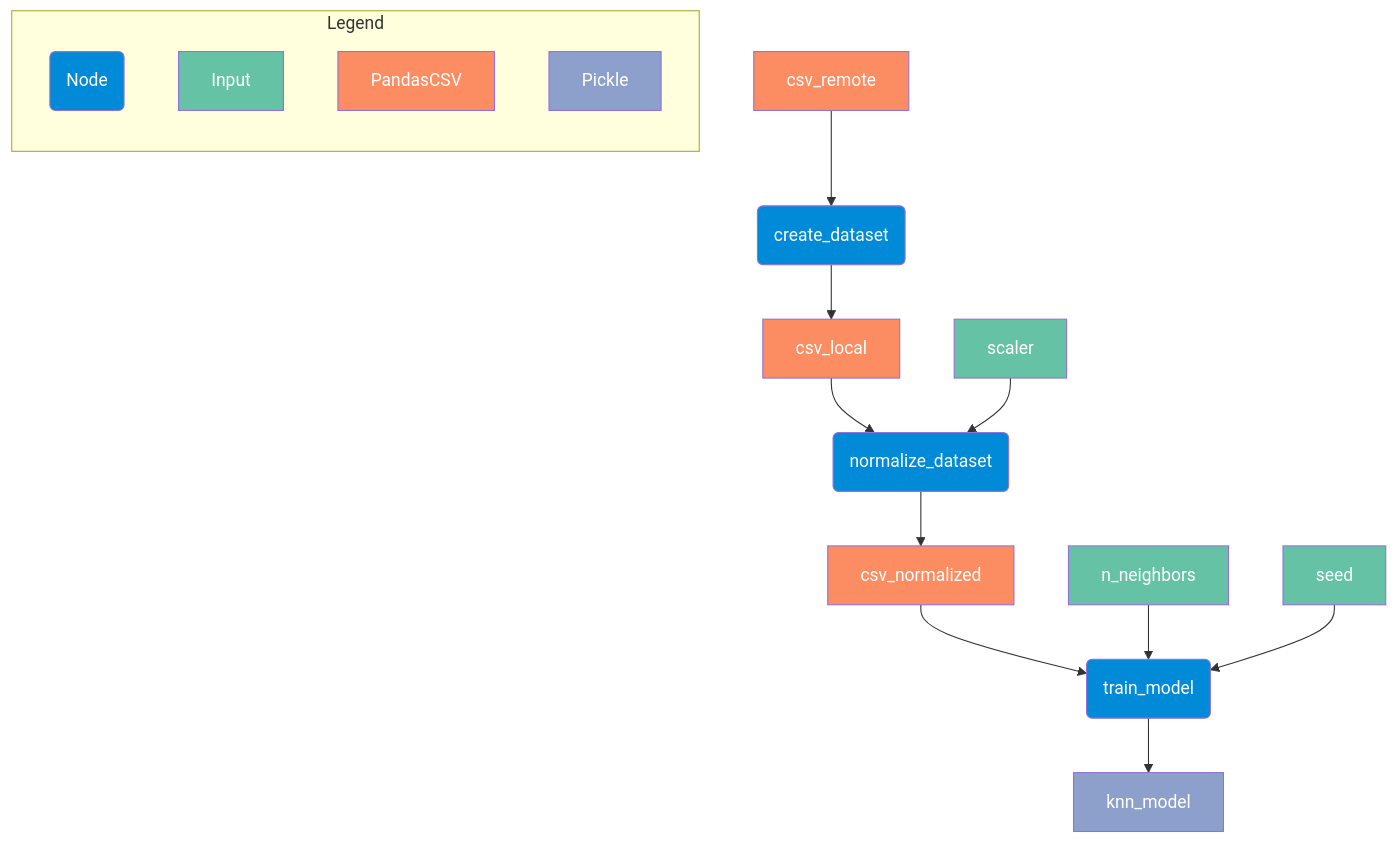
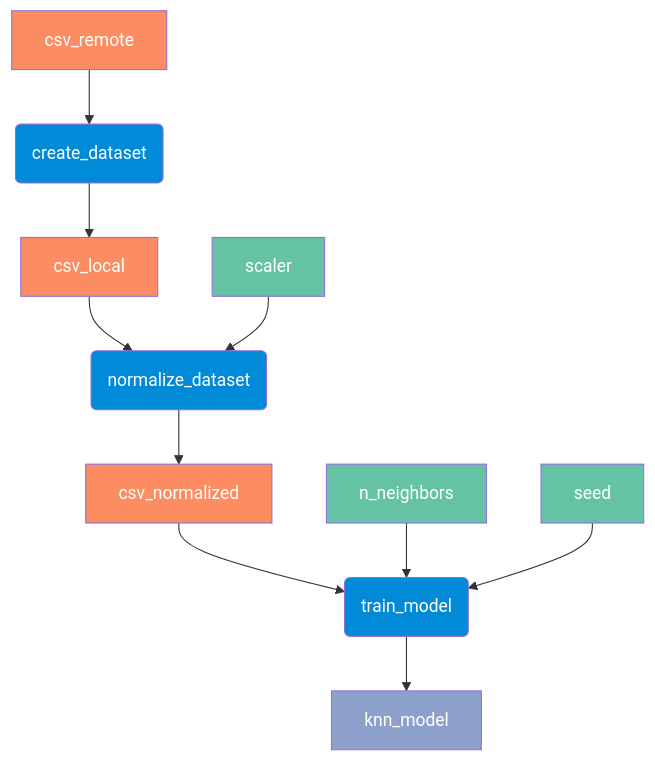
One commit to ing-bank/ordeq changed the diagram in examples/orchestration-kubeflow/ml_pipeline.mermaid. Above: the diagram before and after it, drawn with Mermaid. The commit also changed 32 other files, not shown here.

```diff
--- a/examples/orchestration-kubeflow/ml_pipeline.mermaid
+++ b/examples/orchestration-kubeflow/ml_pipeline.mermaid
@@ -1,39 +1,31 @@
 graph TB
-	subgraph legend["Legend"]
-		direction TB
-		node_type@{shape: rounded, label: "Node"}
-		io_type_0@{shape: rect, label: "Input"}
-		io_type_1@{shape: rect, label: "PandasCSV"}
-		io_type_2@{shape: rect, label: "Pickle"}
-	end
-
 	ml_pipeline.catalog:csv_remote --> ml_pipeline.preprocessing:create_dataset
 	ml_pipeline.preprocessing:create_dataset --> ml_pipeline.catalog:csv_local
 	ml_pipeline.catalog:csv_local --> ml_pipeline.preprocessing:normalize_dataset
 	ml_pipeline.catalog:scaler --> ml_pipeline.preprocessing:normalize_dataset
 	ml_pipeline.preprocessing:normalize_dataset --> ml_pipeline.catalog:csv_normalized
 	ml_pipeline.catalog:csv_normalized --> ml_pipeline.train:train_model
 	ml_pipeline.catalog:n_neighbors --> ml_pipeline.train:train_model
 	ml_pipeline.catalog:seed --> ml_pipeline.train:train_model
 	ml_pipeline.train:train_model --> ml_pipeline.catalog:knn_model
 
 	ml_pipeline.preprocessing:create_dataset@{shape: rounded, label: "create_dataset"}
 	ml_pipeline.preprocessing:normalize_dataset@{shape: rounded, label: "normalize_dataset"}
 	ml_pipeline.catalog:csv_local@{shape: rect, label: "csv_local"}
 	ml_pipeline.train:train_model@{shape: rounded, label: "train_model"}
 	ml_pipeline.catalog:csv_normalized@{shape: rect, label: "csv_normalized"}
 	ml_pipeline.catalog:csv_remote@{shape: rect, label: "csv_remote"}
 	ml_pipeline.catalog:knn_model@{shape: rect, label: "knn_model"}
 	ml_pipeline.catalog:n_neighbors@{shape: rect, label: "n_neighbors"}
 	ml_pipeline.catalog:scaler@{shape: rect, label: "scaler"}
 	ml_pipeline.catalog:seed@{shape: rect, label: "seed"}
 
-	class node_type,ml_pipeline.preprocessing:create_dataset,ml_pipeline.preprocessing:normalize_dataset,ml_pipeline.train:train_model node
-	class io_type_0,ml_pipeline.catalog:n_neighbors,ml_pipeline.catalog:scaler,ml_pipeline.catalog:seed io0
-	class io_type_1,ml_pipeline.catalog:csv_local,ml_pipeline.catalog:csv_normalized,ml_pipeline.catalog:csv_remote io1
-	class io_type_2,ml_pipeline.catalog:knn_model io2
+	class ml_pipeline.preprocessing:create_dataset,ml_pipeline.preprocessing:normalize_dataset,ml_pipeline.train:train_model node
+	class ml_pipeline.catalog:csv_local,ml_pipeline.catalog:csv_normalized,ml_pipeline.catalog:csv_remote io1
+	class ml_pipeline.catalog:knn_model io2
+	class ml_pipeline.catalog:n_neighbors,ml_pipeline.catalog:scaler,ml_pipeline.catalog:seed io0
 	classDef node fill:#008AD7,color:#FFF
 	classDef io fill:#FFD43B
 	classDef io0 fill:#66c2a5
 	classDef io1 fill:#fc8d62
 	classDef io2 fill:#8da0cb
```
